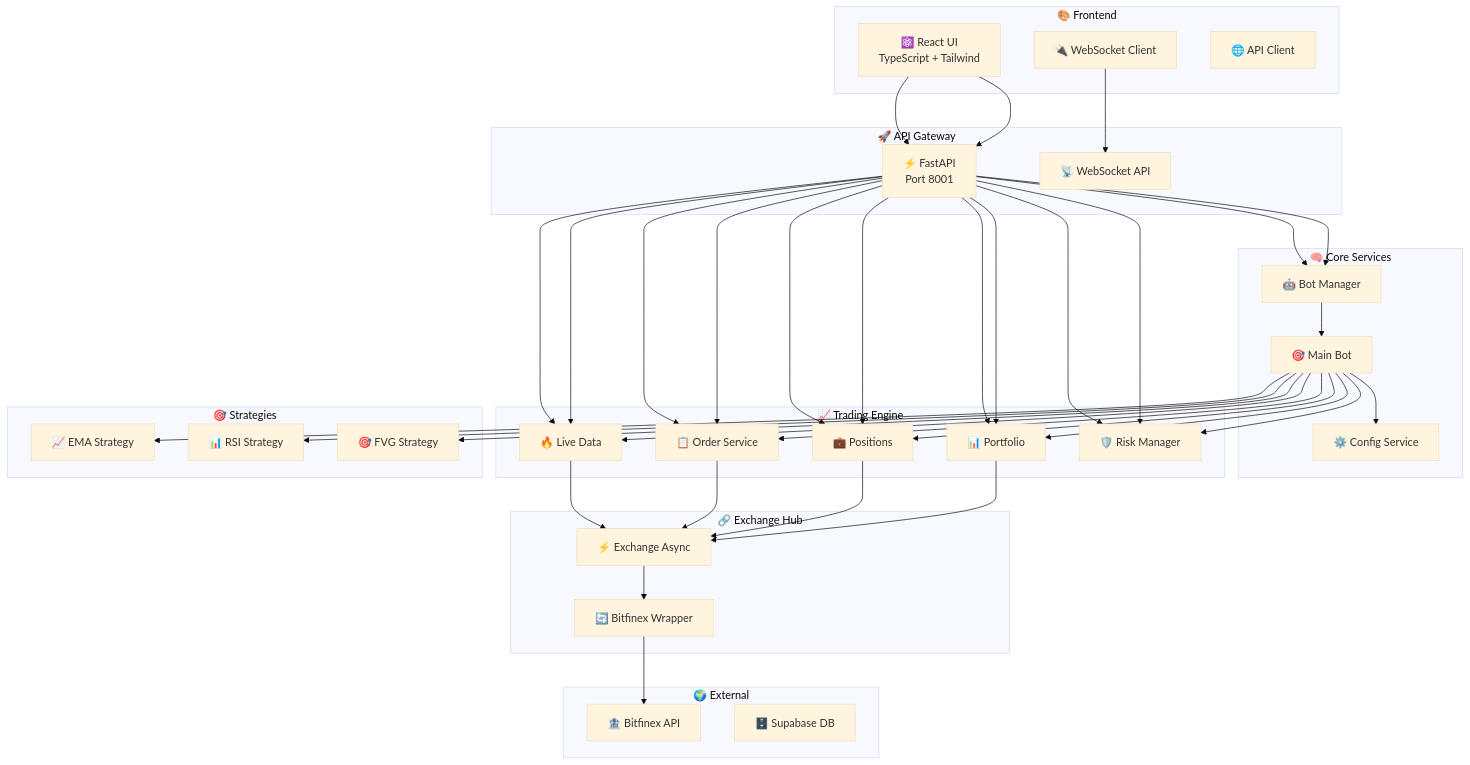
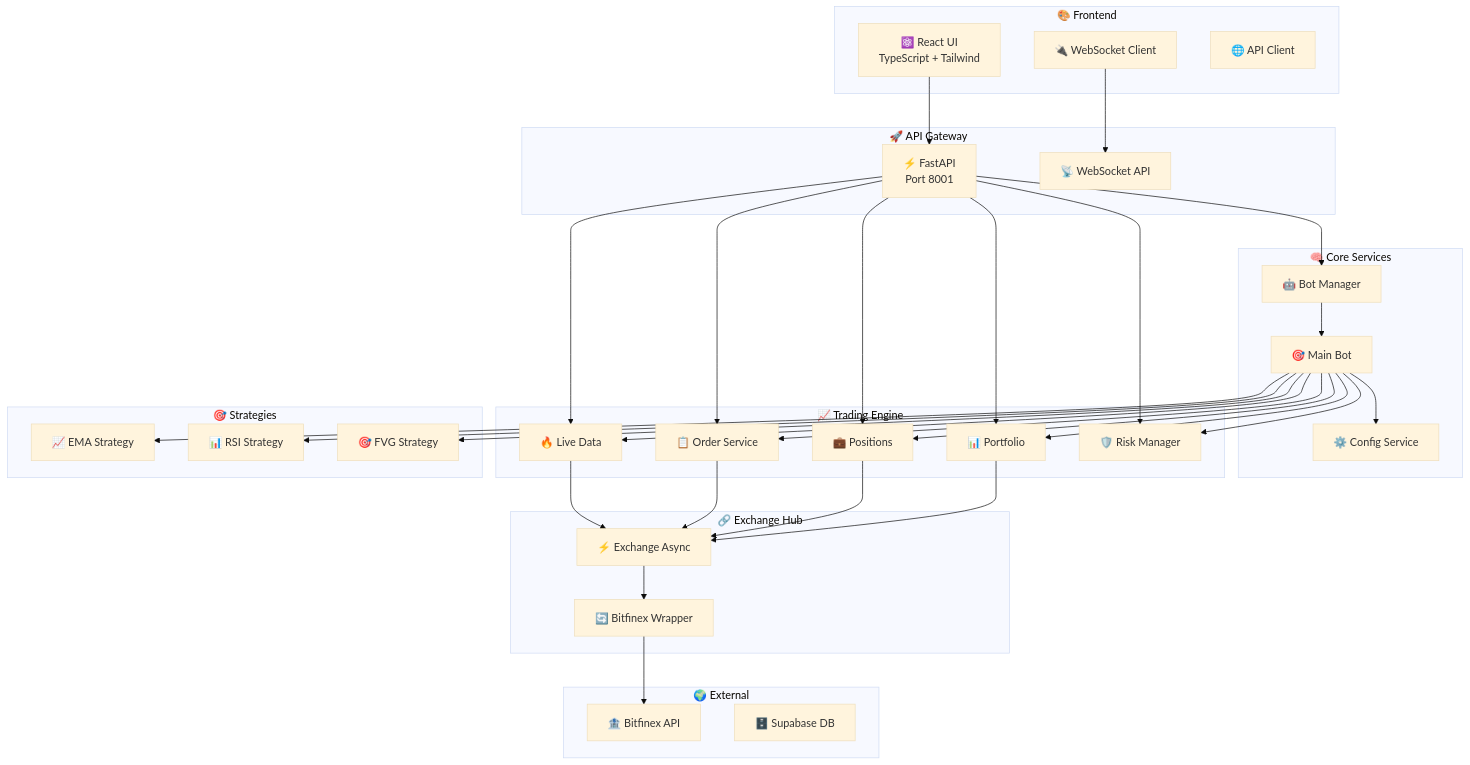
One commit to JohnCCarter/crypto-bot-dashboard-nexus changed the first of 2 diagrams in README.md. Above: the diagram before and after it, drawn with Mermaid (base theme). The commit also changed other lines of this file and 88 other files, not shown here.

```diff
--- a/README.md
+++ b/README.md
@@ -111,7 +142,6 @@
 
     %% API Layer
     subgraph "🚀 API Gateway"
-        FastAPI["⚡ FastAPI<br/>Port 8001"]
         FastAPI["⚡ FastAPI<br/>Port 8001"]
         WS_API["📡 WebSocket API"]
     end
@@ -153,15 +183,7 @@
 
     %% Connections
     UI --> FastAPI
-    UI --> FastAPI
     WS --> WS_API
-
-    FastAPI --> BotManager
-    FastAPI --> LiveData
-    FastAPI --> OrderService
-    FastAPI --> Positions
-    FastAPI --> Portfolio
-    FastAPI --> Risk
 
     FastAPI --> BotManager
     FastAPI --> LiveData
```
